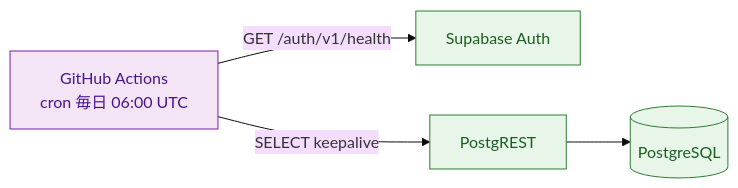
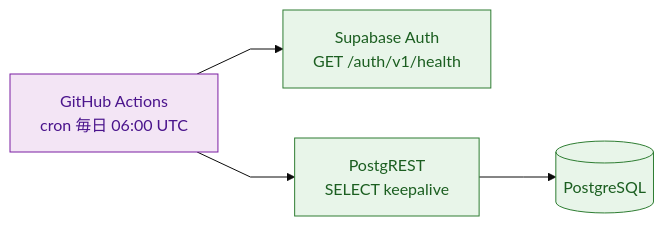
Before and after one commit to komikonkon/Rakuku: the seventh of 7 diagrams in docs/architecture.md, drawn with Mermaid (base theme). The commit also changed other lines of this file and 1 other file, not shown here.

First line of the commit message:
Rework diagrams per LIG zukai guidelines: straight lines, fewer crossings, eye-flow

````diff
--- a/docs/architecture.md
+++ b/docs/architecture.md
@@ -211,8 +222,9 @@
 ```mermaid
+%%{init: {'flowchart': {'curve': 'linear', 'rankSpacing': 65}}}%%
 flowchart LR
-    Cron["GitHub Actions<br/>cron 毎日 06:00 UTC"]:::ops -->|GET /auth/v1/health| Auth["Supabase Auth"]:::sb
-    Cron -->|SELECT keepalive| REST["PostgREST"]:::sb --> DB[("PostgreSQL")]:::sb
+    Cron["GitHub Actions<br/>cron 毎日 06:00 UTC"]:::ops --> Auth["Supabase Auth<br/>GET /auth/v1/health"]:::sb
+    Cron --> REST["PostgREST<br/>SELECT keepalive"]:::sb --> DB[("PostgreSQL")]:::sb
 
     classDef ops fill:#F3E5F5,stroke:#7B1FA2,color:#4A148C;
     classDef sb  fill:#E8F5E9,stroke:#2E7D32,color:#1B5E20;
 ```
````
